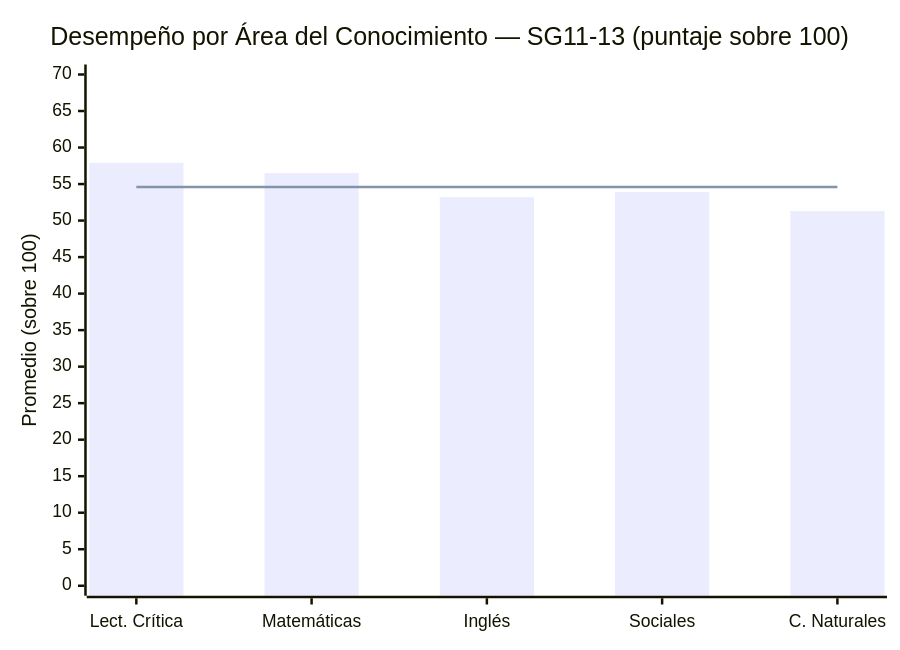
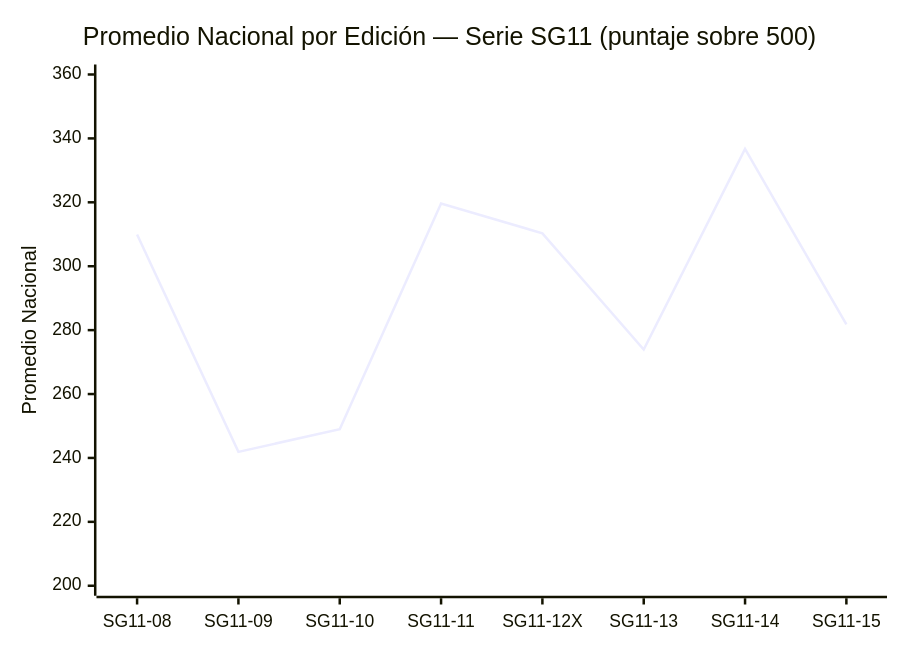
The first of 5 diagrams in reporte_detallado_sg11_13.md (daniel-alt-pages/propuestas), drawn with Mermaid before and after one commit. The commit also changed other lines of this file, not shown here.

````diff
--- a/reporte_detallado_sg11_13.md
+++ b/reporte_detallado_sg11_13.md
@@ -134,8 +42,7 @@
 ```mermaid
 xychart-beta
-    title "Desempeño por Área del Conocimiento — SG11-13 (puntaje sobre 100)"
-    x-axis ["Lect. Crítica", "Matemáticas", "Inglés", "Sociales", "C. Naturales"]
-    y-axis "Promedio (sobre 100)" 0 --> 70
-    bar [57.9, 56.5, 53.2, 53.9, 51.3]
-    line [54.6, 54.6, 54.6, 54.6, 54.6]
+    title "Promedio Nacional por Edición — Serie SG11 (puntaje sobre 500)"
+    x-axis ["SG11-08", "SG11-09", "SG11-10", "SG11-11", "SG11-12X", "SG11-13", "SG11-14", "SG11-15"]
+    y-axis "Promedio Nacional" 200 --> 360
+    line [309.9, 241.9, 249.0, 319.6, 310.3, 273.9, 336.7, 281.8]
 ```
````
